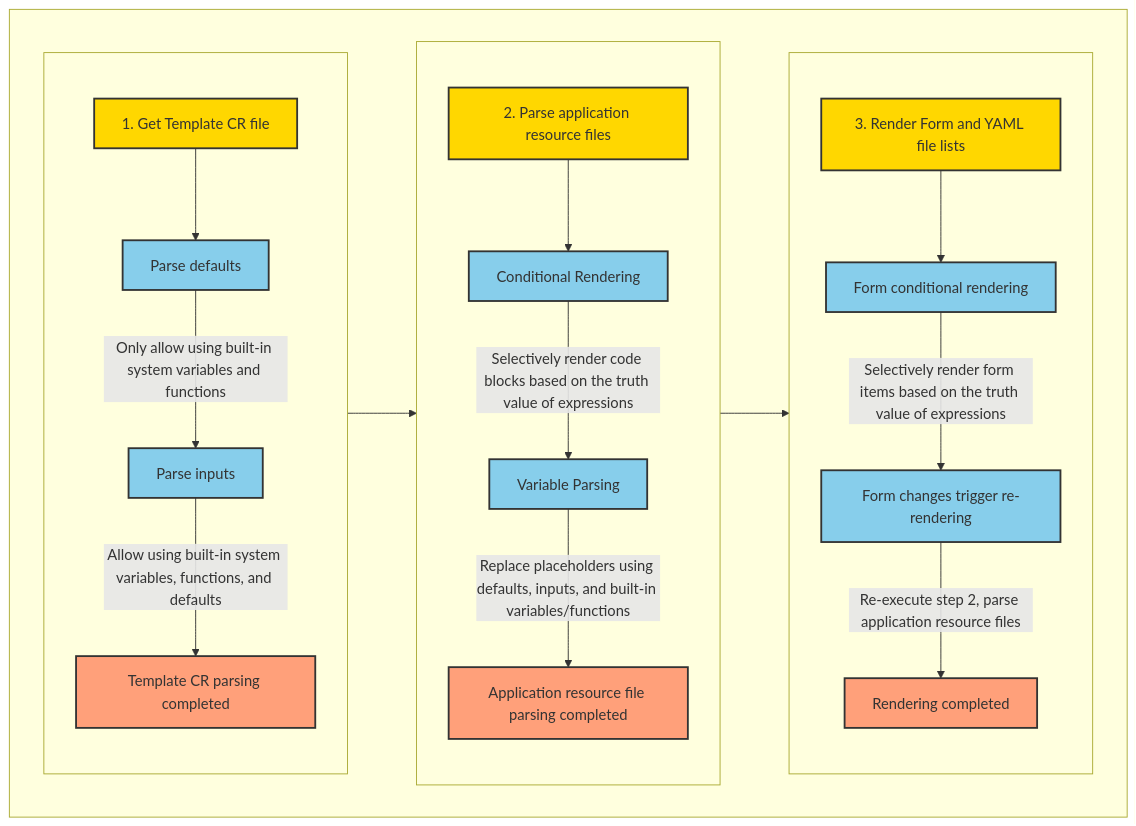
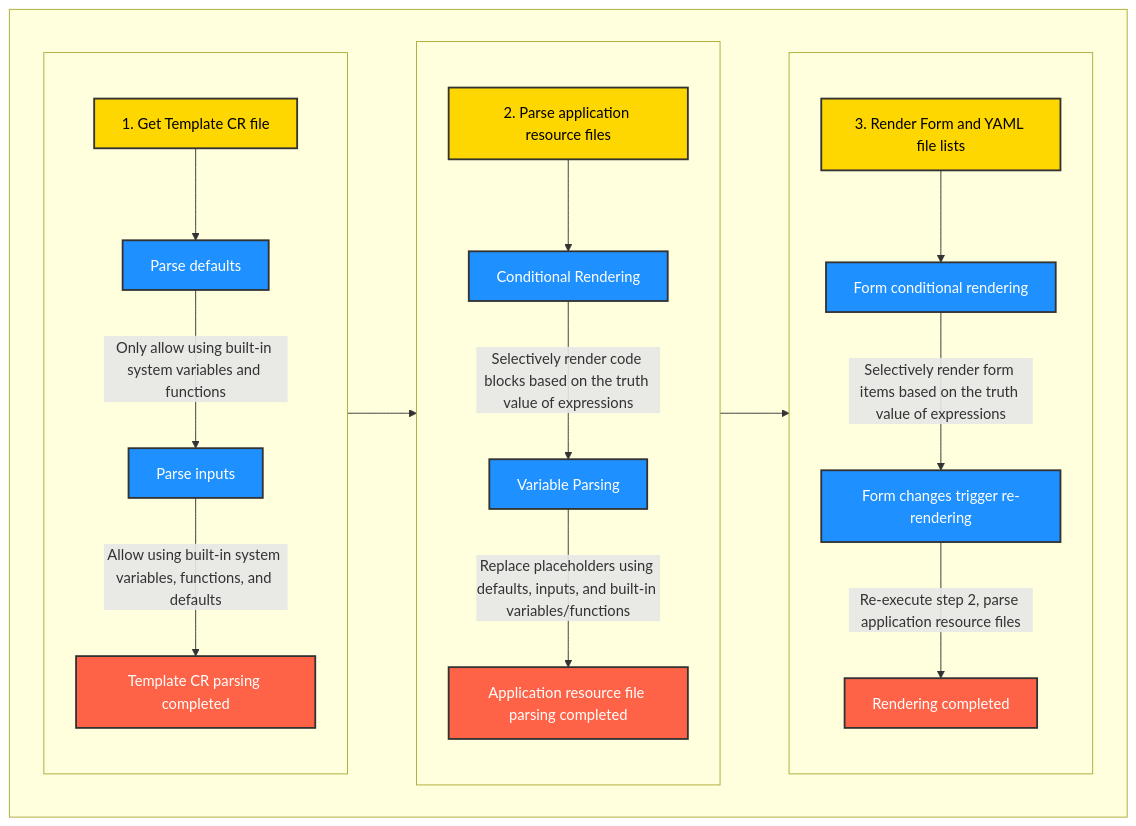
Before and after one commit to labring-actions/templates: the diagram in example.md, drawn with Mermaid. The commit also changed 1 other file, not shown here.

Commit message:
fix: update example

````diff
--- a/example.md
+++ b/example.md
@@ -1143,36 +1143,36 @@
 ```mermaid
 graph TB
   subgraph father[ ]
-    style A fill:#FFD700,stroke:#333,stroke-width:2px
-    style B fill:#87CEEB,stroke:#333,stroke-width:2px
-    style C fill:#87CEEB,stroke:#333,stroke-width:2px
-    style D fill:#FFA07A,stroke:#333,stroke-width:2px
-    style E fill:#FFD700,stroke:#333,stroke-width:2px
-    style F fill:#87CEEB,stroke:#333,stroke-width:2px
-    style G fill:#87CEEB,stroke:#333,stroke-width:2px
-    style H fill:#FFA07A,stroke:#333,stroke-width:2px
-    style I fill:#FFD700,stroke:#333,stroke-width:2px
-    style J fill:#87CEEB,stroke:#333,stroke-width:2px
-    style K fill:#87CEEB,stroke:#333,stroke-width:2px
-    style L fill:#FFA07A,stroke:#333,stroke-width:2px
+    style A fill:#FFD700,stroke:#333,stroke-width:2px,color:#000
+    style B fill:#1E90FF,stroke:#333,stroke-width:2px,color:#FFF
+    style C fill:#1E90FF,stroke:#333,stroke-width:2px,color:#FFF
+    style D fill:#FF6347,stroke:#333,stroke-width:2px,color:#FFF
+    style E fill:#FFD700,stroke:#333,stroke-width:2px,color:#000
+    style F fill:#1E90FF,stroke:#333,stroke-width:2px,color:#FFF
+    style G fill:#1E90FF,stroke:#333,stroke-width:2px,color:#FFF
+    style H fill:#FF6347,stroke:#333,stroke-width:2px,color:#FFF
+    style I fill:#FFD700,stroke:#333,stroke-width:2px,color:#000
+    style J fill:#1E90FF,stroke:#333,stroke-width:2px,color:#FFF
+    style K fill:#1E90FF,stroke:#333,stroke-width:2px,color:#FFF
+    style L fill:#FF6347,stroke:#333,stroke-width:2px,color:#FFF
 
     subgraph sub1[ ]
         A[1. Get Template CR file] --> B[Parse defaults]
         B -- Only allow using built-in system variables and functions --> C[Parse inputs]
         C -- Allow using built-in system variables, functions, and defaults --> D[Template CR parsing completed]
     end
     subgraph sub2[ ]
         E[2. Parse application resource files] --> F[Conditional Rendering]
         F -- Selectively render code blocks based on the truth value of expressions --> G[Variable Parsing]
         G -- Replace placeholders using defaults, inputs, and built-in variables/functions --> H[Application resource file parsing completed]
     end
     subgraph sub3[ ]
         I[3. Render Form and YAML file lists] --> J[Form conditional rendering]
         J -- Selectively render form items based on the truth value of expressions --> K[Form changes trigger re-rendering]
         K -- Re-execute step 2, parse application resource files --> L[Rendering completed]
     end
     
     sub1 --> sub2
     sub2 --> sub3
   end
 ```
````
